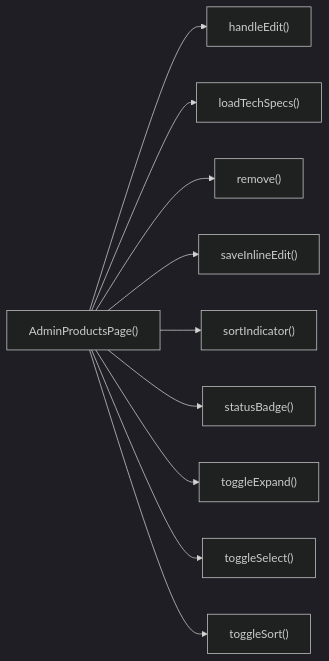
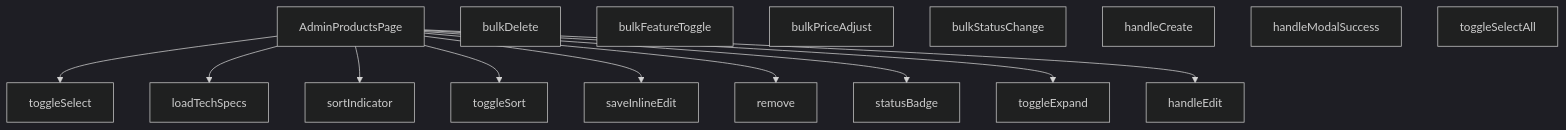
The diagram in src/views/admin/AdminProductsPage.md (peckop/venthub-hvac-esite), drawn with Mermaid (dark theme) before and after one commit. The commit also changed other lines of this file and 56 other files, not shown here.

````diff
--- a/src/views/admin/AdminProductsPage.md
+++ b/src/views/admin/AdminProductsPage.md
@@ -626,12 +487,29 @@
 ```mermaid
-graph LR
-    AdminProductsPage["AdminProductsPage()"] --> handleEdit["handleEdit()"]
-    AdminProductsPage["AdminProductsPage()"] --> loadTechSpecs["loadTechSpecs()"]
-    AdminProductsPage["AdminProductsPage()"] --> remove["remove()"]
-    AdminProductsPage["AdminProductsPage()"] --> saveInlineEdit["saveInlineEdit()"]
-    AdminProductsPage["AdminProductsPage()"] --> sortIndicator["sortIndicator()"]
-    AdminProductsPage["AdminProductsPage()"] --> statusBadge["statusBadge()"]
-    AdminProductsPage["AdminProductsPage()"] --> toggleExpand["toggleExpand()"]
-    AdminProductsPage["AdminProductsPage()"] --> toggleSelect["toggleSelect()"]
-    AdminProductsPage["AdminProductsPage()"] --> toggleSort["toggleSort()"]
+graph TD
+    AdminProductsPage_tsx__AdminProductsPage["AdminProductsPage"]
+    AdminProductsPage_tsx__bulkDelete["bulkDelete"]
+    AdminProductsPage_tsx__bulkFeatureToggle["bulkFeatureToggle"]
+    AdminProductsPage_tsx__bulkPriceAdjust["bulkPriceAdjust"]
+    AdminProductsPage_tsx__bulkStatusChange["bulkStatusChange"]
+    AdminProductsPage_tsx__handleCreate["handleCreate"]
+    AdminProductsPage_tsx__handleEdit["handleEdit"]
+    AdminProductsPage_tsx__handleModalSuccess["handleModalSuccess"]
+    AdminProductsPage_tsx__loadTechSpecs["loadTechSpecs"]
+    AdminProductsPage_tsx__remove["remove"]
+    AdminProductsPage_tsx__saveInlineEdit["saveInlineEdit"]
+    AdminProductsPage_tsx__sortIndicator["sortIndicator"]
+    AdminProductsPage_tsx__statusBadge["statusBadge"]
+    AdminProductsPage_tsx__toggleExpand["toggleExpand"]
+    AdminProductsPage_tsx__toggleSelect["toggleSelect"]
+    AdminProductsPage_tsx__toggleSelectAll["toggleSelectAll"]
+    AdminProductsPage_tsx__toggleSort["toggleSort"]
+    AdminProductsPage_tsx__AdminProductsPage --> AdminProductsPage_tsx__toggleSelect
+    AdminProductsPage_tsx__AdminProductsPage --> AdminProductsPage_tsx__loadTechSpecs
+    AdminProductsPage_tsx__AdminProductsPage --> AdminProductsPage_tsx__sortIndicator
+    AdminProductsPage_tsx__AdminProductsPage --> AdminProductsPage_tsx__toggleSort
+    AdminProductsPage_tsx__AdminProductsPage --> AdminProductsPage_tsx__saveInlineEdit
+    AdminProductsPage_tsx__AdminProductsPage --> AdminProductsPage_tsx__remove
+    AdminProductsPage_tsx__AdminProductsPage --> AdminProductsPage_tsx__statusBadge
+    AdminProductsPage_tsx__AdminProductsPage --> AdminProductsPage_tsx__toggleExpand
+    AdminProductsPage_tsx__AdminProductsPage --> AdminProductsPage_tsx__handleEdit
 ```
````
